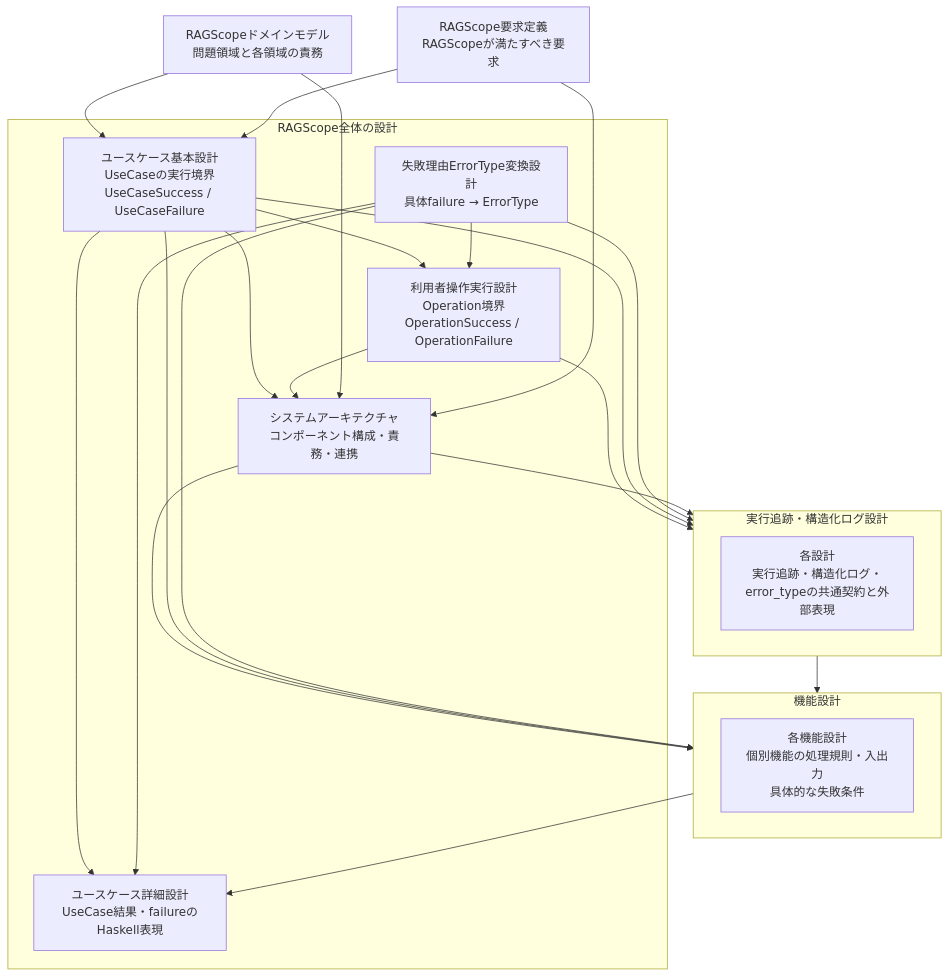
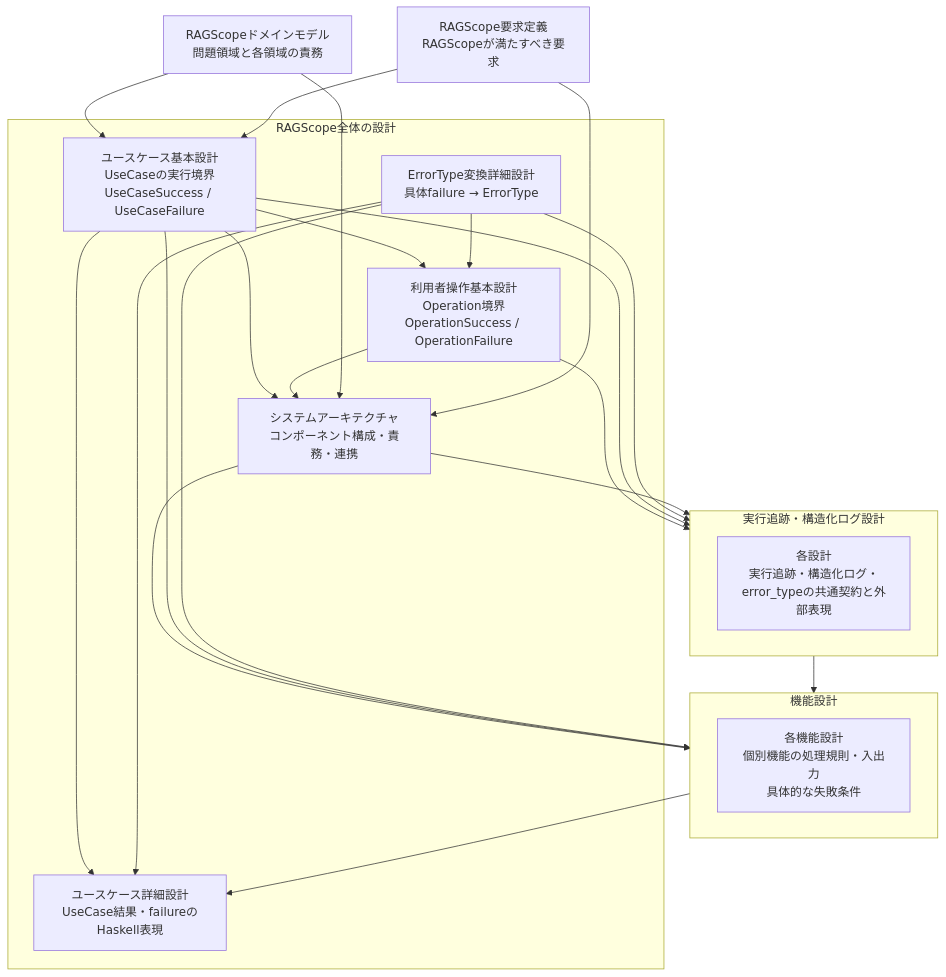
The diagram in project-docs/design/README.md (takashit16833/RAGScope), drawn with Mermaid before and after one commit. The commit also changed other lines of this file and 5 other files, not shown here.

````diff
--- a/project-docs/design/README.md
+++ b/project-docs/design/README.md
@@ -23,43 +23,43 @@
 ```mermaid
 flowchart TD
     Domain["RAGScopeドメインモデル<br>問題領域と各領域の責務"]
     Requirements["RAGScope要求定義<br>RAGScopeが満たすべき要求"]
 
     subgraph Core["RAGScope全体の設計"]
         UseCase["ユースケース基本設計<br>UseCaseの実行境界<br>UseCaseSuccess / UseCaseFailure"]
         UseCaseDetail["ユースケース詳細設計<br>UseCase結果・failureのHaskell表現"]
-        ErrorTypeConversion["失敗理由ErrorType変換設計<br>具体failure → ErrorType"]
-        Operation["利用者操作実行設計<br>Operation境界<br>OperationSuccess / OperationFailure"]
+        ErrorTypeConversion["ErrorType変換詳細設計<br>具体failure → ErrorType"]
+        Operation["利用者操作基本設計<br>Operation境界<br>OperationSuccess / OperationFailure"]
         Architecture["システムアーキテクチャ<br>コンポーネント構成・責務・連携"]
         UseCase --> UseCaseDetail
         ErrorTypeConversion --> UseCaseDetail
         UseCase --> Operation
         ErrorTypeConversion --> Operation
         UseCase --> Architecture
         Operation --> Architecture
     end
 
     subgraph Features["機能設計"]
         FeatureDesigns["各機能設計<br>個別機能の処理規則・入出力<br>具体的な失敗条件"]
     end
 
     subgraph Logging["実行追跡・構造化ログ設計"]
         LoggingDesigns["各設計<br>実行追跡・構造化ログ・error_typeの共通契約と外部表現"]
     end
 
     Domain --> UseCase
     Requirements --> UseCase
     Domain --> Architecture
     Requirements --> Architecture
 
     Architecture --> Features
     UseCase --> Features
     ErrorTypeConversion --> Features
     Features --> UseCaseDetail
 
     Operation --> Logging
     UseCase --> Logging
     ErrorTypeConversion --> Logging
     Architecture --> Logging
     Logging --> Features
 ```
````
